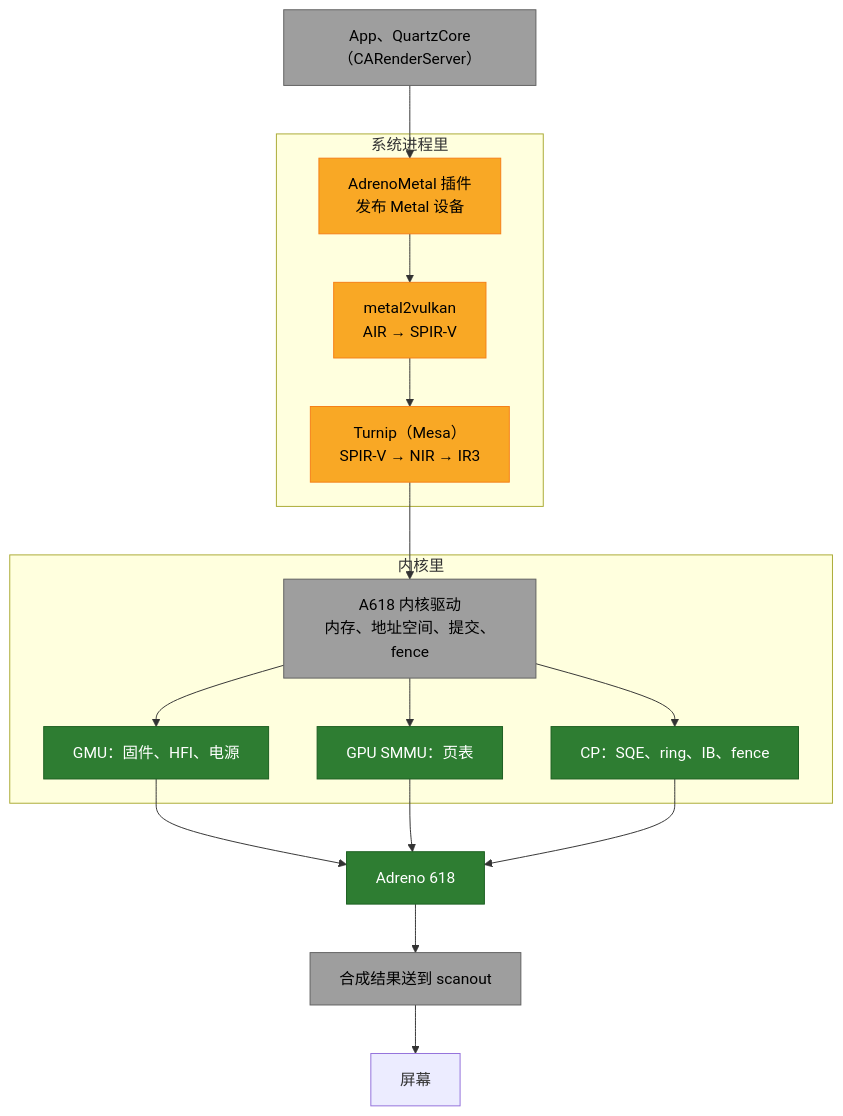
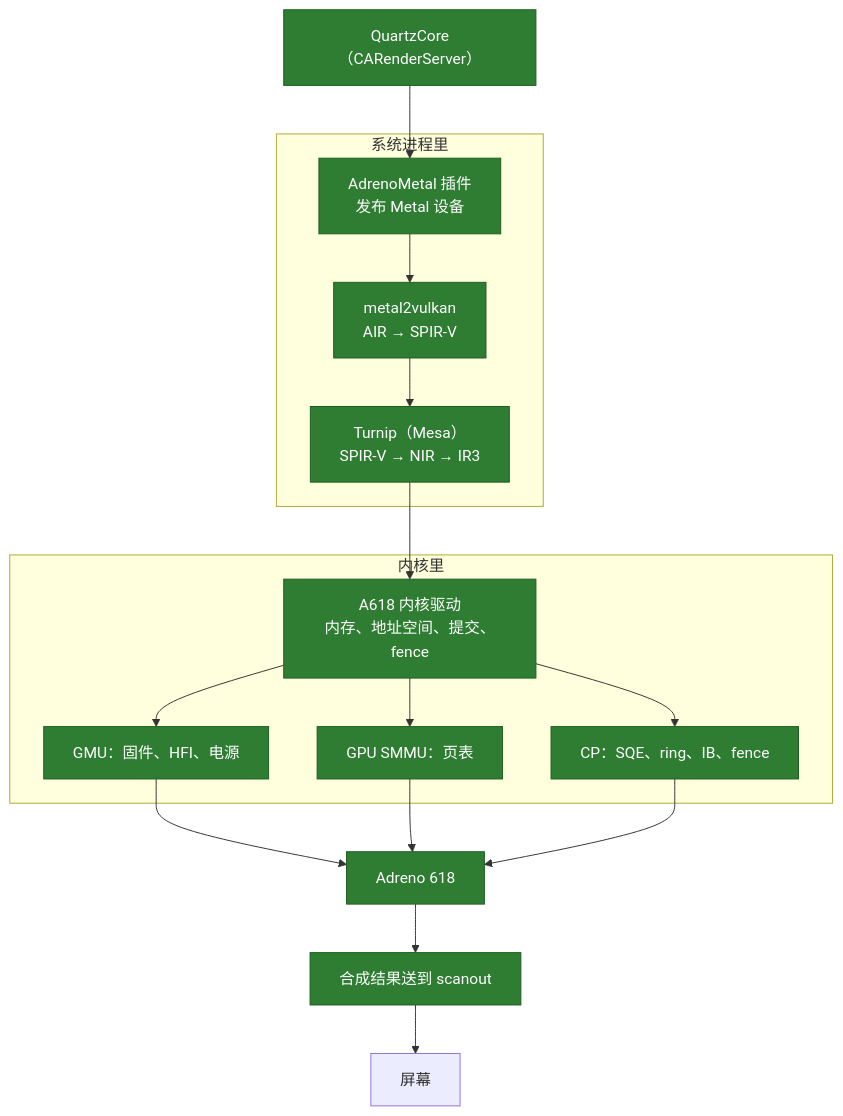
Before and after one commit to chiba233/Trogdor-ipadOS: the third of 4 diagrams in README.md, drawn with Mermaid. The commit also changed other lines of this file and 17 other files, not shown here.

````diff
--- a/README.md
+++ b/README.md
@@ -66,26 +68,24 @@
 ```mermaid
 flowchart TB
-    APP["App、QuartzCore（CARenderServer）"]:::todo
+    APP["QuartzCore（CARenderServer）"]:::ok
     subgraph US["系统进程里"]
-        META["AdrenoMetal 插件<br/>发布 Metal 设备"]:::built
-        M2V["metal2vulkan<br/>AIR → SPIR-V"]:::built
-        TU["Turnip（Mesa）<br/>SPIR-V → NIR → IR3"]:::built
+        META["AdrenoMetal 插件<br/>发布 Metal 设备"]:::ok
+        M2V["metal2vulkan<br/>AIR → SPIR-V"]:::ok
+        TU["Turnip（Mesa）<br/>SPIR-V → NIR → IR3"]:::ok
     end
     subgraph KS["内核里"]
-        KMD["A618 内核驱动<br/>内存、地址空间、提交、fence"]:::todo
+        KMD["A618 内核驱动<br/>内存、地址空间、提交、fence"]:::ok
         GMU["GMU：固件、HFI、电源"]:::ok
         SMMU["GPU SMMU：页表"]:::ok
         CP["CP：SQE、ring、IB、fence"]:::ok
     end
     GPU["Adreno 618"]:::ok
-    SCAN["合成结果送到 scanout"]:::todo
+    SCAN["合成结果送到 scanout"]:::ok
     SCREEN["屏幕"]
     APP --> META --> M2V --> TU --> KMD
     KMD --> GMU --> GPU
     KMD --> SMMU --> GPU
     KMD --> CP --> GPU
     GPU --> SCAN --> SCREEN
     classDef ok fill:#2e7d32,color:#ffffff,stroke:#1b5e20
-    classDef built fill:#f9a825,color:#000000,stroke:#f57f17
-    classDef todo fill:#9e9e9e,color:#000000,stroke:#616161
 ```
````
